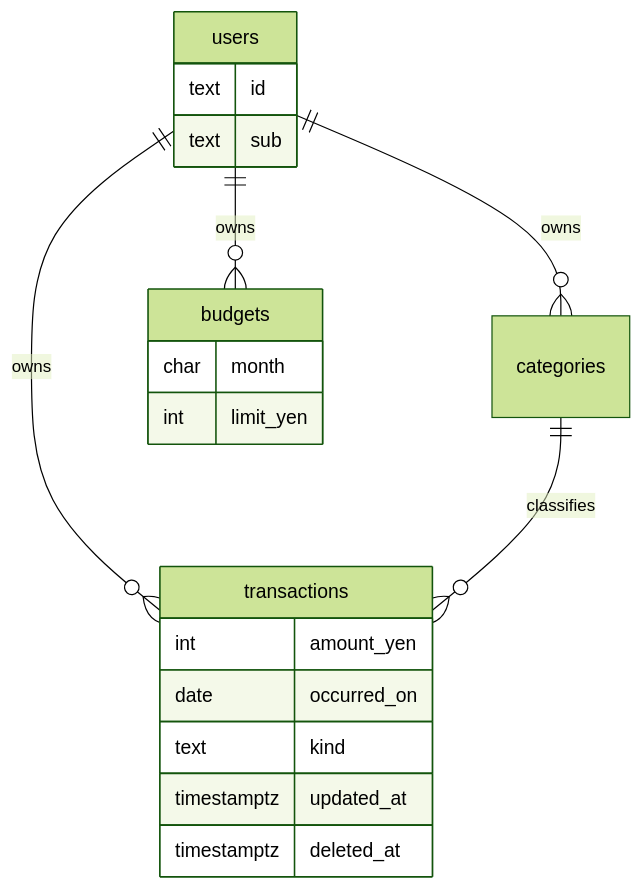
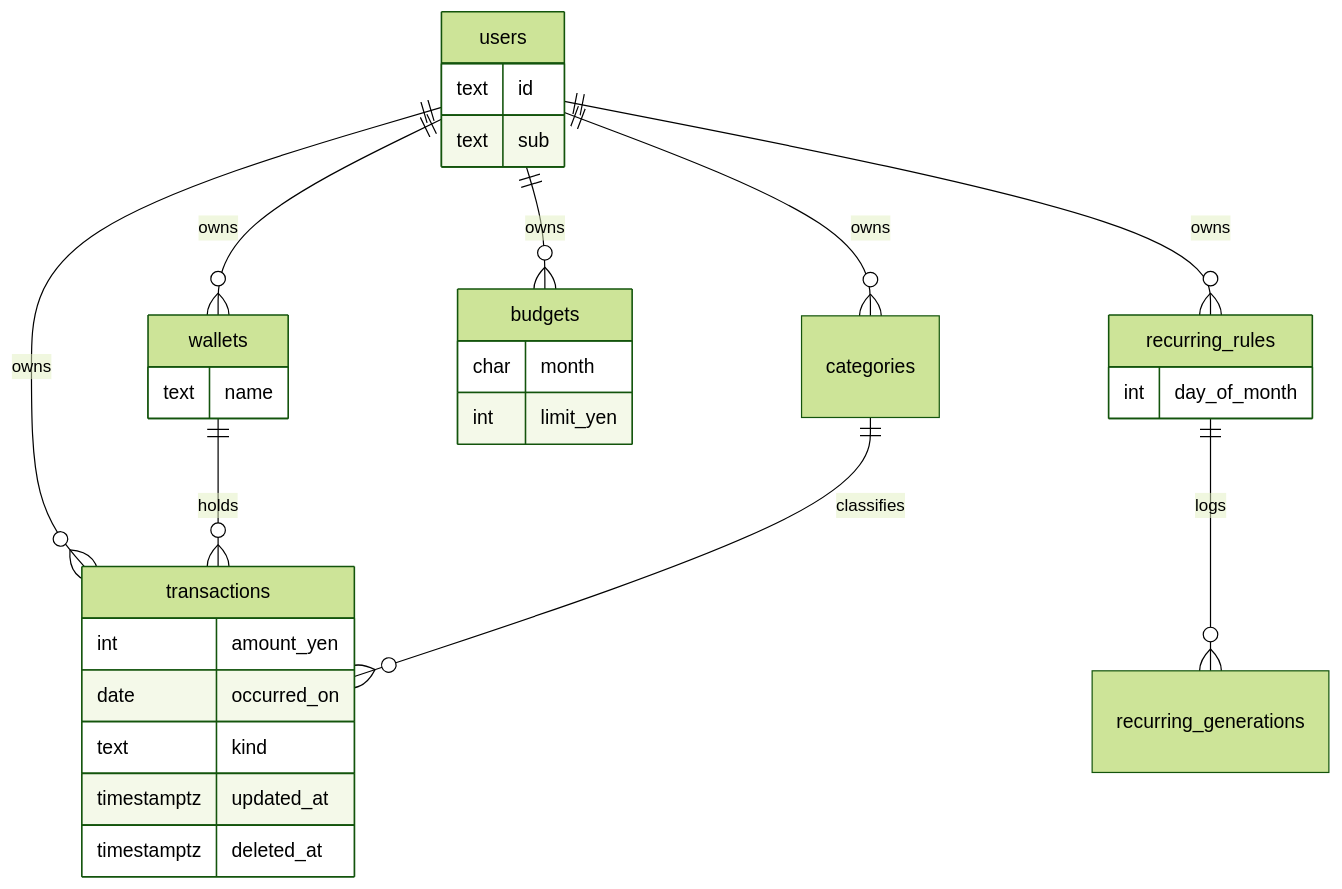
The eighth of 8 diagrams in portfolio-plan/personal-finance/docs/06-diagrams.md (maeplego/portfolio-plan), drawn with Mermaid (forest theme) before and after one commit. The commit also changed other lines of this file and 7 other files, not shown here.

````diff
--- a/portfolio-plan/personal-finance/docs/06-diagrams.md
+++ b/portfolio-plan/personal-finance/docs/06-diagrams.md
@@ -112,22 +116,32 @@
 ```mermaid
 erDiagram
   users ||--o{ categories : owns
+  users ||--o{ wallets : owns
   users ||--o{ transactions : owns
   users ||--o{ budgets : owns
+  users ||--o{ recurring_rules : owns
+  wallets ||--o{ transactions : holds
   categories ||--o{ transactions : classifies
+  recurring_rules ||--o{ recurring_generations : logs
   users {
     text id
     text sub
+  }
+  wallets {
+    text name
   }
   transactions {
     int amount_yen
     date occurred_on
     text kind
     timestamptz updated_at
     timestamptz deleted_at
   }
+  recurring_rules {
+    int day_of_month
+  }
   budgets {
     char month
     int limit_yen
   }
 ```
````
